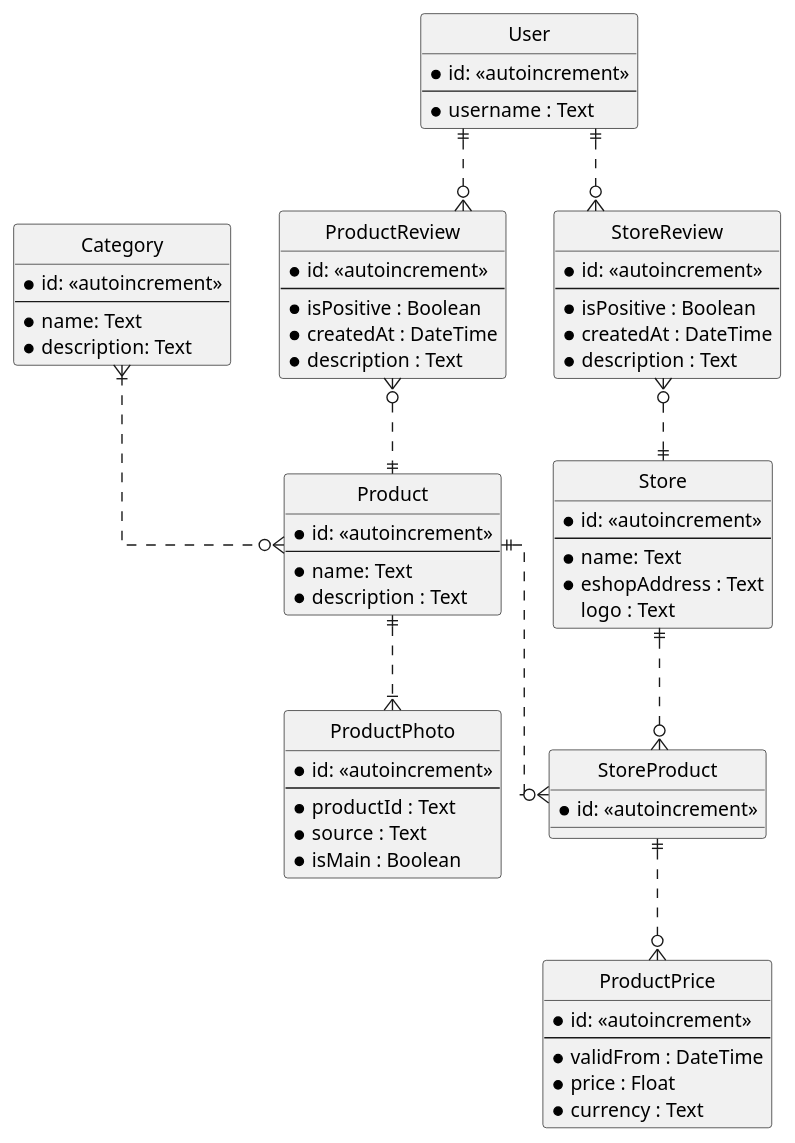
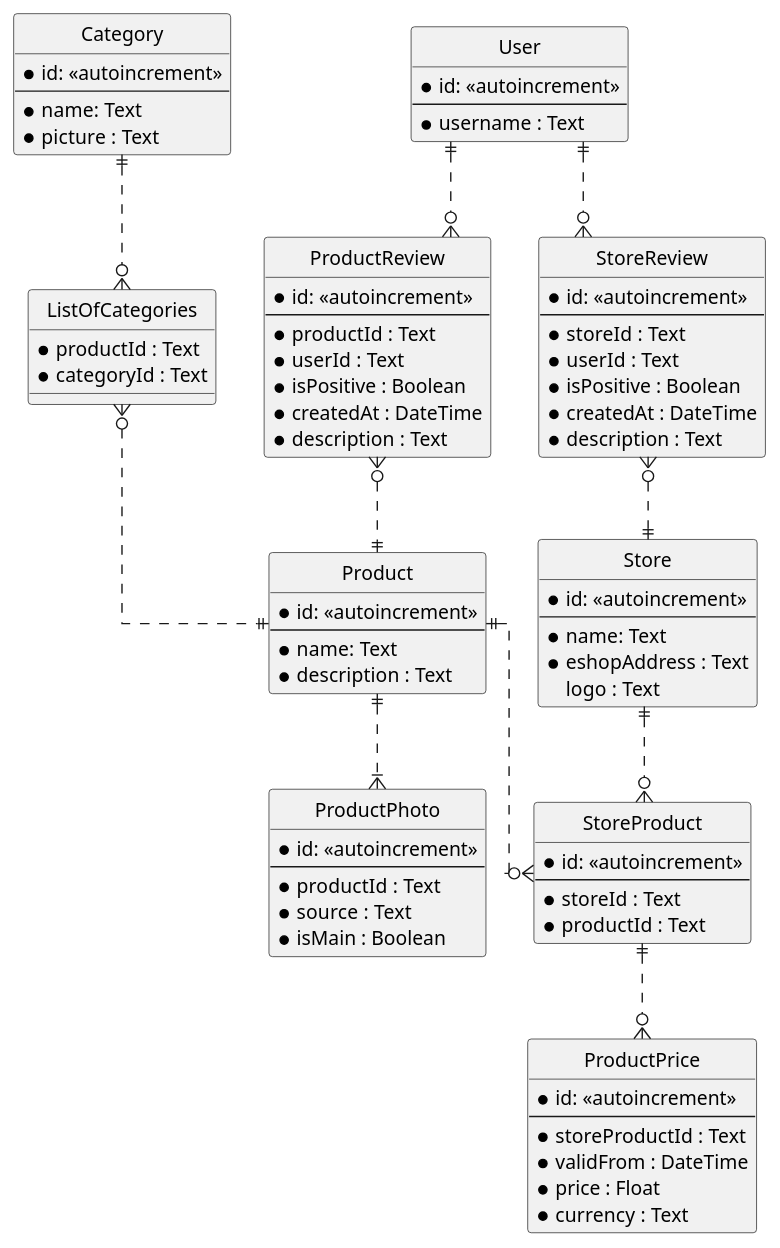
Before and after one commit to TrawenCZ/web-app-demos: the diagram in iteration-06/diagrams/diagram.puml, drawn with PlantUML. The commit also changed 11 other files, not shown here.

```diff
--- a/iteration-06/diagrams/diagram.puml
+++ b/iteration-06/diagrams/diagram.puml
@@ -1,80 +1,94 @@
 @startuml heureka-data
 
 hide circle
 skinparam Linetype ortho
 
 entity Category {
     * id: <<autoincrement>>
     ---
     * name: Text
-    * description: Text
+    * picture : Text
 }
 
 entity Product {
     * id: <<autoincrement>>
     ---
     * name: Text
     * description : Text
 }
 
 entity ProductPhoto {
     * id: <<autoincrement>>
     ---
     * productId : Text
     * source : Text
     * isMain : Boolean
 }
 
 entity Store {
     * id: <<autoincrement>>
     ---
     * name: Text
     * eshopAddress : Text
     logo : Text
 }
 
 entity StoreProduct {
     * id: <<autoincrement>>
+    ---
+    * storeId : Text
+    * productId : Text
 }
 
 entity ProductPrice {
     * id: <<autoincrement>>
     ---
+    * storeProductId : Text
     * validFrom : DateTime
     * price : Float
     * currency : Text
 }
 
 entity ProductReview {
     * id: <<autoincrement>>
     ---
+    * productId : Text
+    * userId : Text
     * isPositive : Boolean
     * createdAt : DateTime
     * description : Text
 }
 
 entity StoreReview {
     * id: <<autoincrement>>
     ---
+    * storeId : Text
+    * userId : Text
     * isPositive : Boolean
     * createdAt : DateTime
     * description : Text
 }
 
 entity User {
     * id: <<autoincrement>>
     ---
     * username : Text
 }
 
-Category }|..o{ Product
+entity ListOfCategories {
+    * productId : Text
+    * categoryId : Text
+}
+
+Category ||..o{ ListOfCategories
+ListOfCategories }o..|| Product
 Product ||..|{ ProductPhoto
 Product ||..o{ StoreProduct
 Store ||..o{ StoreProduct
 StoreProduct ||..o{ ProductPrice
 User ||..o{ StoreReview
 User ||..o{ ProductReview
 StoreReview }o..|| Store
 ProductReview }o..|| Product
 
 @enduml
```
